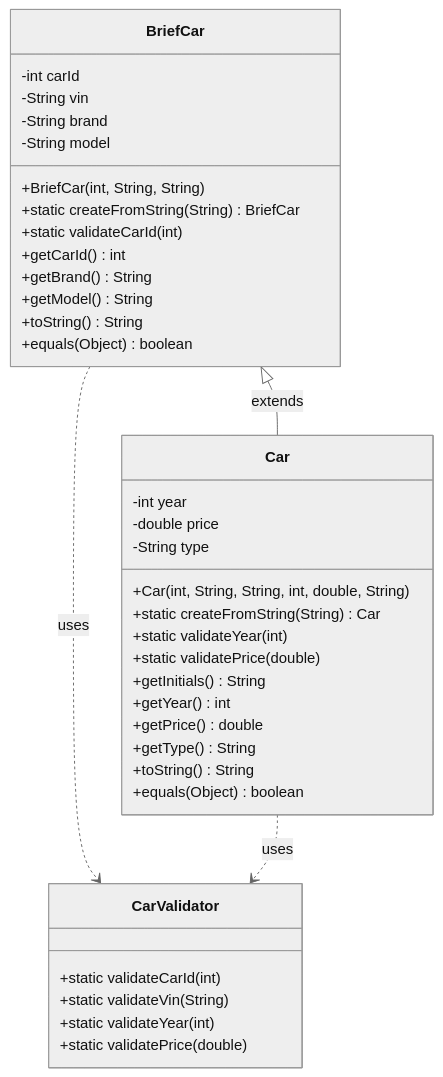
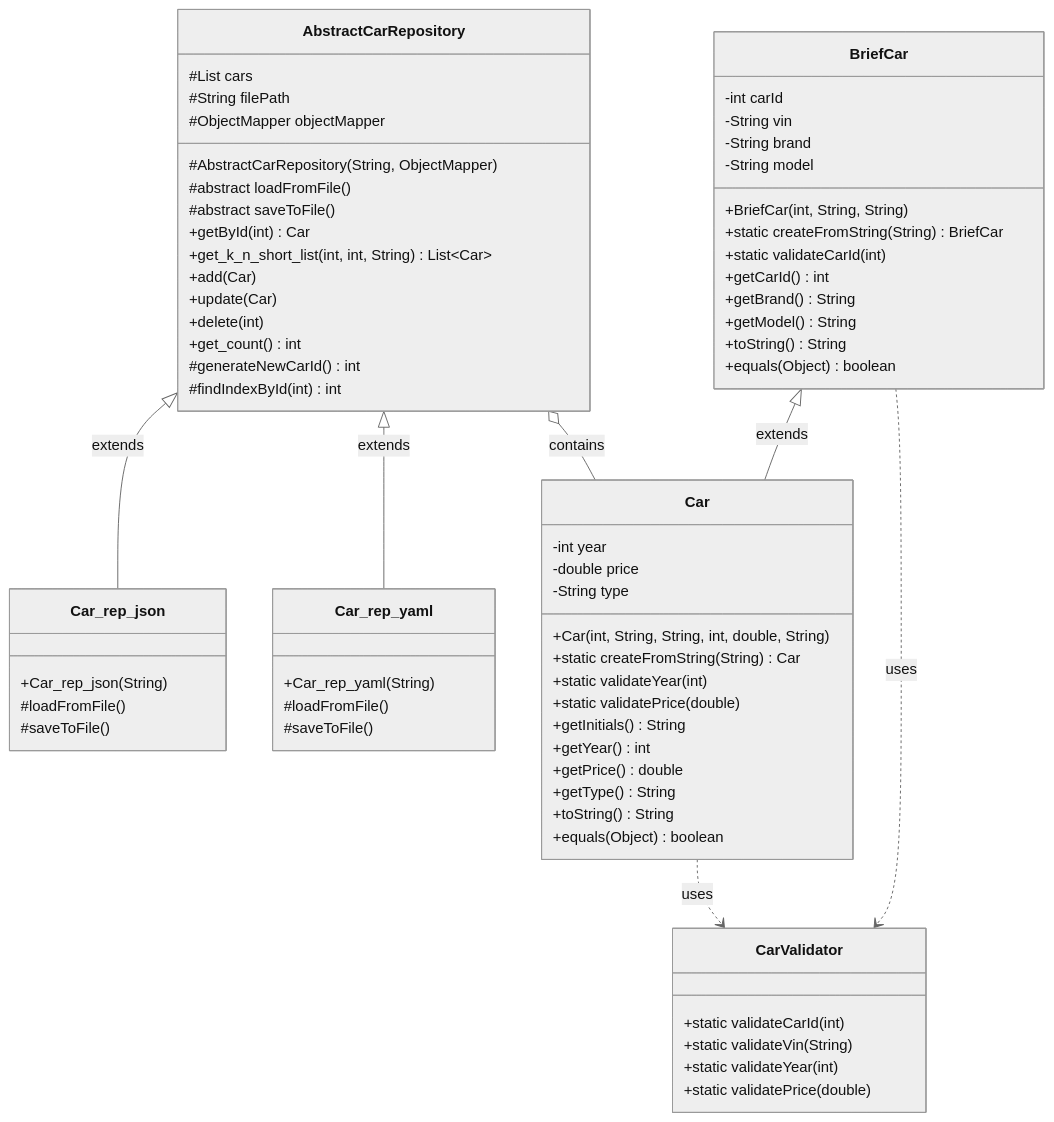
The second of 2 diagrams in README.md (VoGPro/OOP), drawn with Mermaid (neutral theme) before and after one commit.

Commit message:
Car_rep_json, Car_rep_yaml, AbstractCarRepository added to class diagram

````diff
--- a/README.md
+++ b/README.md
@@ -66,45 +66,77 @@
 ```mermaid
 classDiagram
+
+    class AbstractCarRepository {
+        #List<Car> cars
+        #String filePath
+        #ObjectMapper objectMapper
+        #AbstractCarRepository(String, ObjectMapper)
+        #abstract loadFromFile()
+        #abstract saveToFile()
+        +getById(int) Car
+        +get_k_n_short_list(int, int, String) List~Car~
+        +add(Car)
+        +update(Car)
+        +delete(int)
+        +get_count() int
+        #generateNewCarId() int
+        #findIndexById(int) int
+    }
+
+    class Car_rep_json {
+        +Car_rep_json(String)
+        #loadFromFile()
+        #saveToFile()
+    }
+
+    class Car_rep_yaml {
+        +Car_rep_yaml(String)
+        #loadFromFile()
+        #saveToFile()
+    }
 
     class BriefCar {
         -int carId
         -String vin
         -String brand
         -String model
         +BriefCar(int, String, String)
         +static createFromString(String) BriefCar
         +static validateCarId(int)
         +getCarId() int
         +getBrand() String
         +getModel() String
         +toString() String
         +equals(Object) boolean
     }
 
     class Car {
         -int year
         -double price
         -String type
         +Car(int, String, String, int, double, String)
         +static createFromString(String) Car
         +static validateYear(int)
         +static validatePrice(double)
         +getInitials() String
         +getYear() int
         +getPrice() double
         +getType() String
         +toString() String
         +equals(Object) boolean
-}
+    }
 
     class CarValidator {
         +static validateCarId(int)
         +static validateVin(String)
         +static validateYear(int)
         +static validatePrice(double)
     }
 
     BriefCar <|-- Car : extends
     BriefCar ..> CarValidator : uses
     Car ..> CarValidator : uses
+    AbstractCarRepository <|-- Car_rep_json : extends
+    AbstractCarRepository <|-- Car_rep_yaml : extends
+    AbstractCarRepository o-- Car : contains
 ```
````
